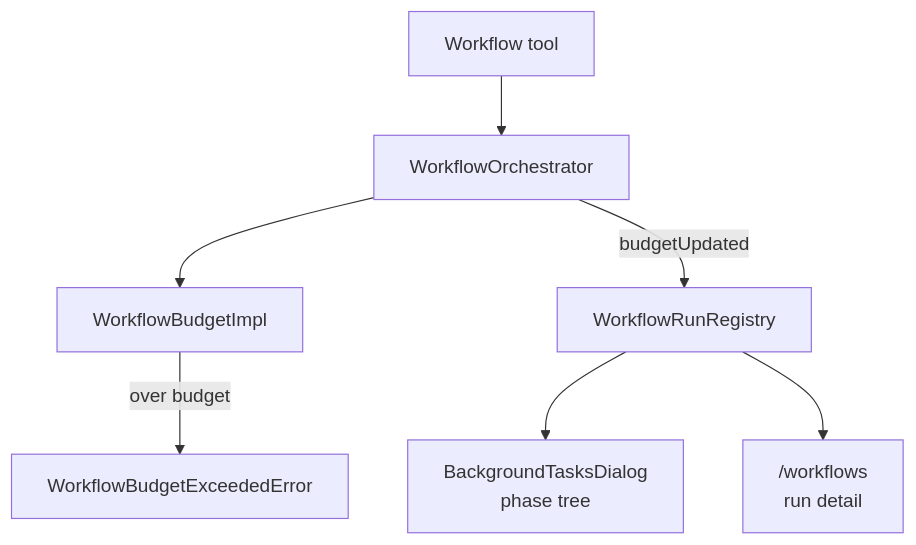
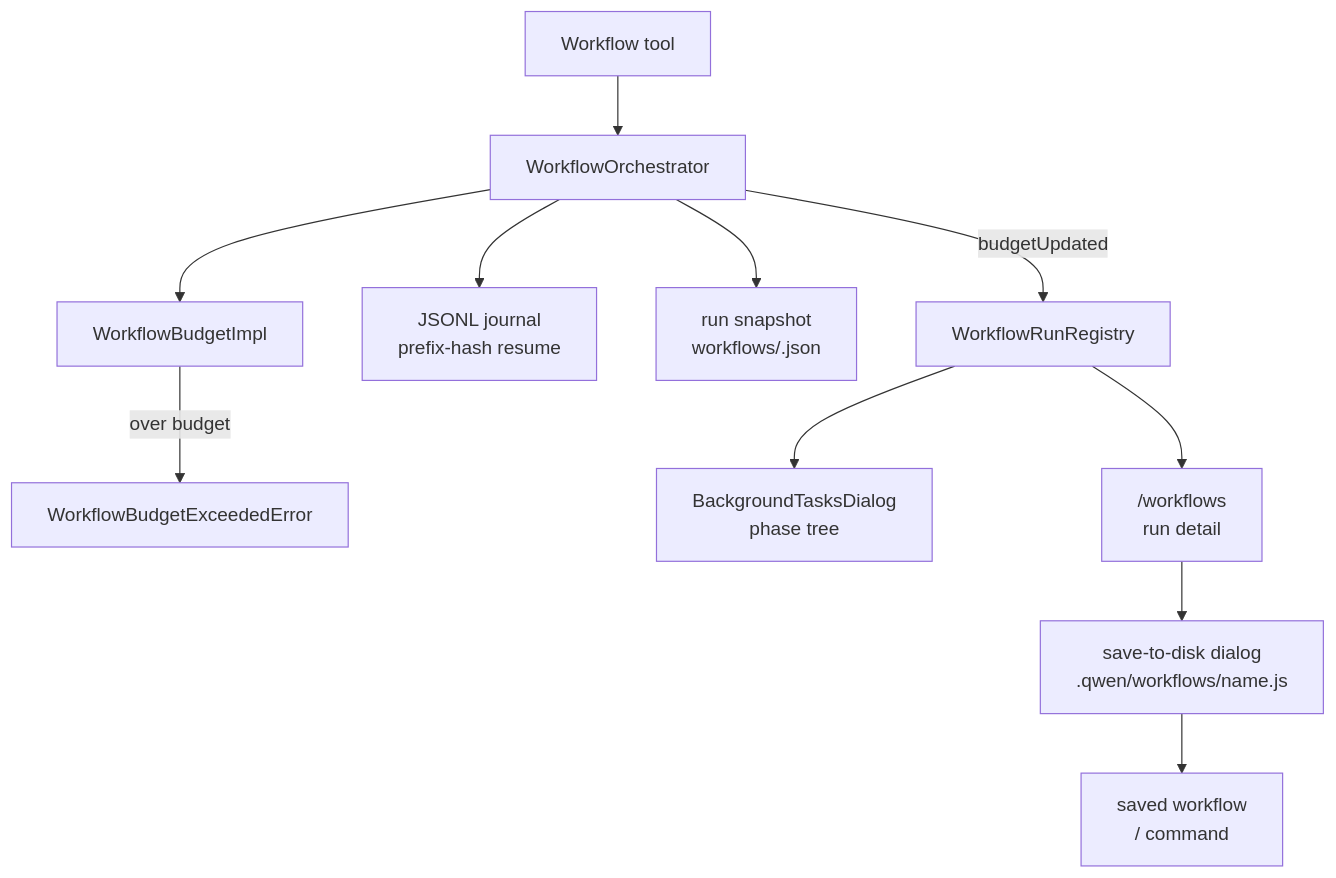
Before and after one commit to doudouOUC/code_agent: the diagram in qwen-code/feature/workflow-token-budget.md, drawn with Mermaid. The commit also changed other lines of this file and 12 other files, not shown here.

````diff
--- a/qwen-code/feature/workflow-token-budget.md
+++ b/qwen-code/feature/workflow-token-budget.md
@@ -22,9 +23,13 @@
 ```mermaid
 flowchart TB
   TOOL["Workflow tool"] --> ORCH["WorkflowOrchestrator"]
   ORCH --> BUDGET["WorkflowBudgetImpl"]
+  ORCH --> JOURNAL["JSONL journal<br/>prefix-hash resume"]
+  ORCH --> SNAP["run snapshot<br/>workflows/<runId>.json"]
   BUDGET -->|over budget| ERR["WorkflowBudgetExceededError"]
   ORCH -->|budgetUpdated| REG["WorkflowRunRegistry"]
   REG --> UI["BackgroundTasksDialog<br/>phase tree"]
   REG --> CMD["/workflows<br/>run detail"]
+  CMD --> SAVE["save-to-disk dialog<br/>.qwen/workflows/name.js"]
+  SAVE --> SLASH["saved workflow<br/>/<name> command"]
 ```
````
